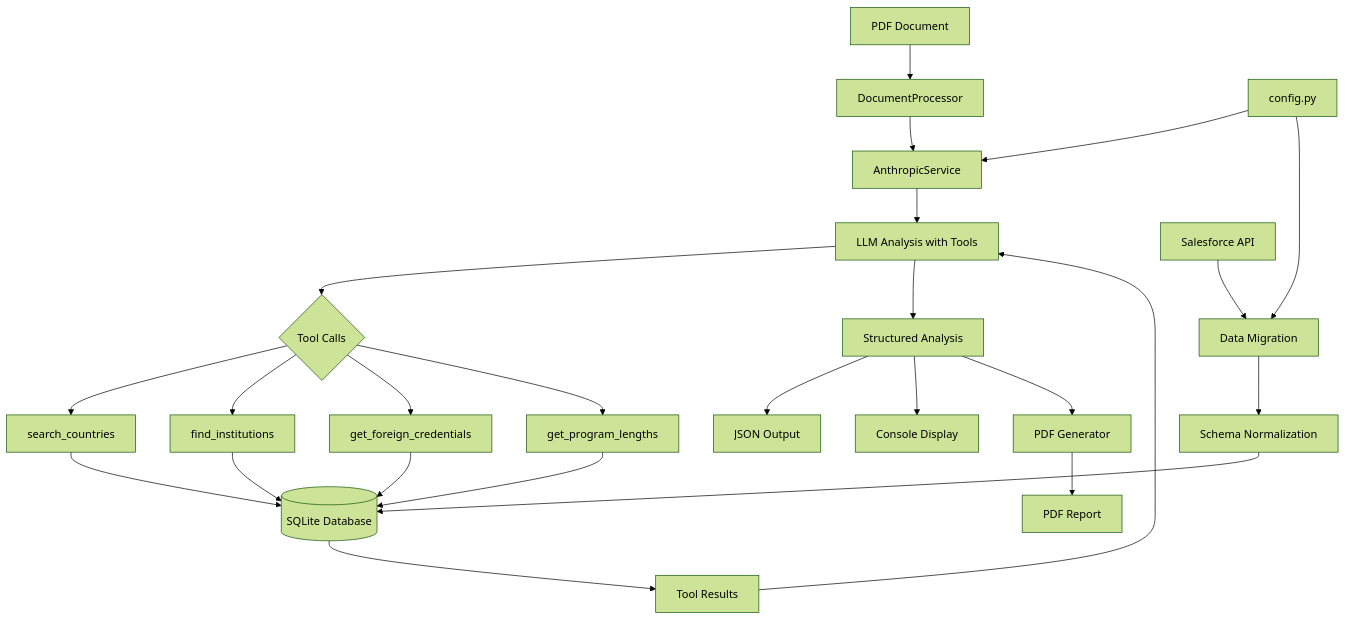
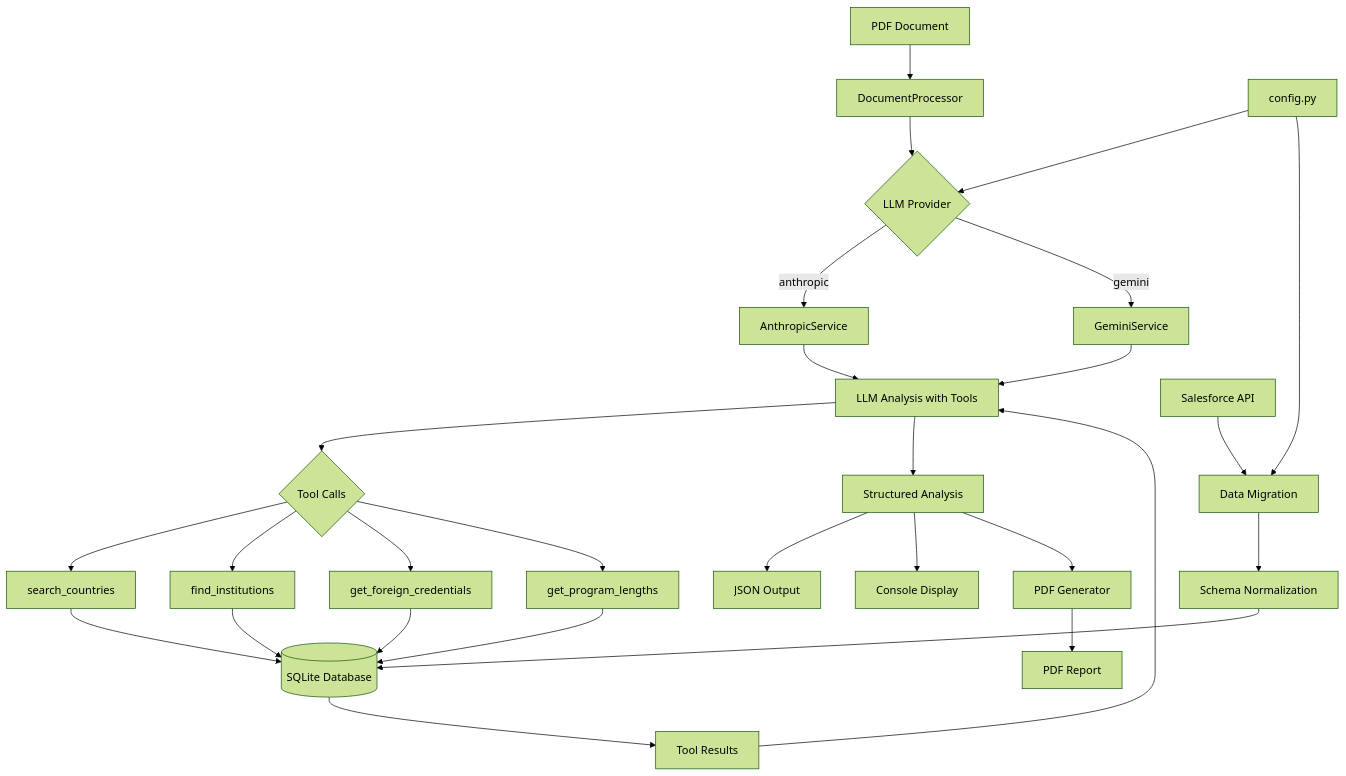
The diagram in README.md (the-evaluation-company/eval-worker), drawn with Mermaid (forest theme) before and after one commit. The commit also changed other lines of this file and 9 other files, not shown here.

Commit message:
restructure llm service and add gemini services

````diff
--- a/README.md
+++ b/README.md
@@ -73,33 +80,36 @@
 ```mermaid
 graph TD
     A[PDF Document] --> B[DocumentProcessor]
-    B --> C[AnthropicService]
-    C --> D[LLM Analysis with Tools]
-    D --> E{Tool Calls}
+    B --> C{LLM Provider}
+    C -->|anthropic| D[AnthropicService]
+    C -->|gemini| E[GeminiService]
+    D --> F[LLM Analysis with Tools]
+    E --> F
+    F --> G{Tool Calls}
     
-    E --> F[search_countries]
-    E --> G[find_institutions] 
-    E --> H[get_foreign_credentials]
-    E --> I[get_program_lengths]
+    G --> H[search_countries]
+    G --> I[find_institutions] 
+    G --> J[get_foreign_credentials]
+    G --> K[get_program_lengths]
     
-    F --> J[(SQLite Database)]
-    G --> J
-    H --> J
-    I --> J
+    H --> L[(SQLite Database)]
+    I --> L
+    J --> L
+    K --> L
     
-    J --> K[Tool Results]
-    K --> D
+    L --> M[Tool Results]
+    M --> F
     
-    D --> L[Structured Analysis]
-    L --> M[JSON Output]
-    L --> N[Console Display]
-    L --> S[PDF Generator]
+    F --> N[Structured Analysis]
+    N --> O[JSON Output]
+    N --> P[Console Display]
+    N --> S[PDF Generator]
     S --> T[PDF Report]
     
-    O[Salesforce API] --> P[Data Migration]
-    P --> Q[Schema Normalization]
-    Q --> J
+    U[Salesforce API] --> V[Data Migration]
+    V --> W[Schema Normalization]
+    W --> L
     
     R[config.py] --> C
-    R --> P
+    R --> V
 ```
````
